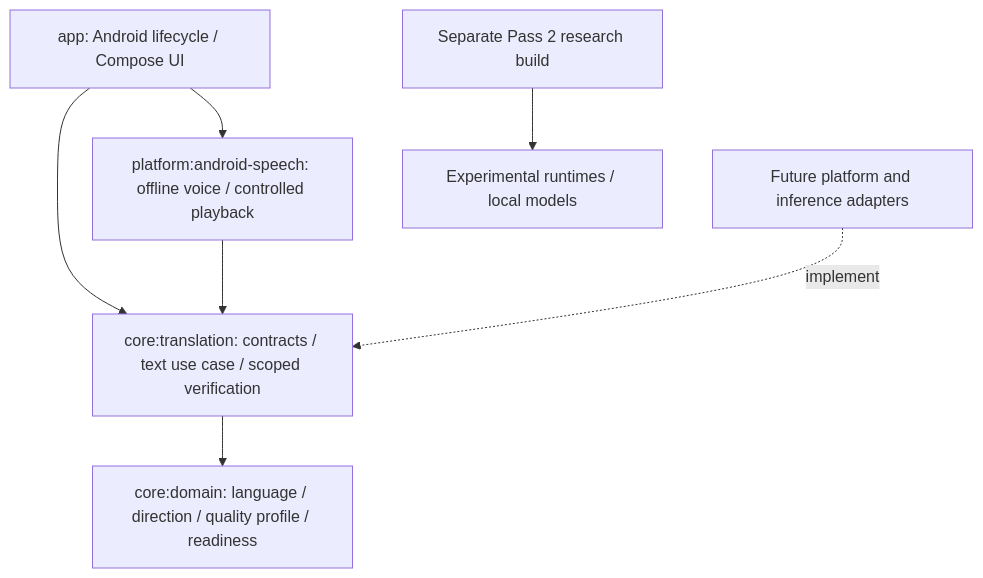
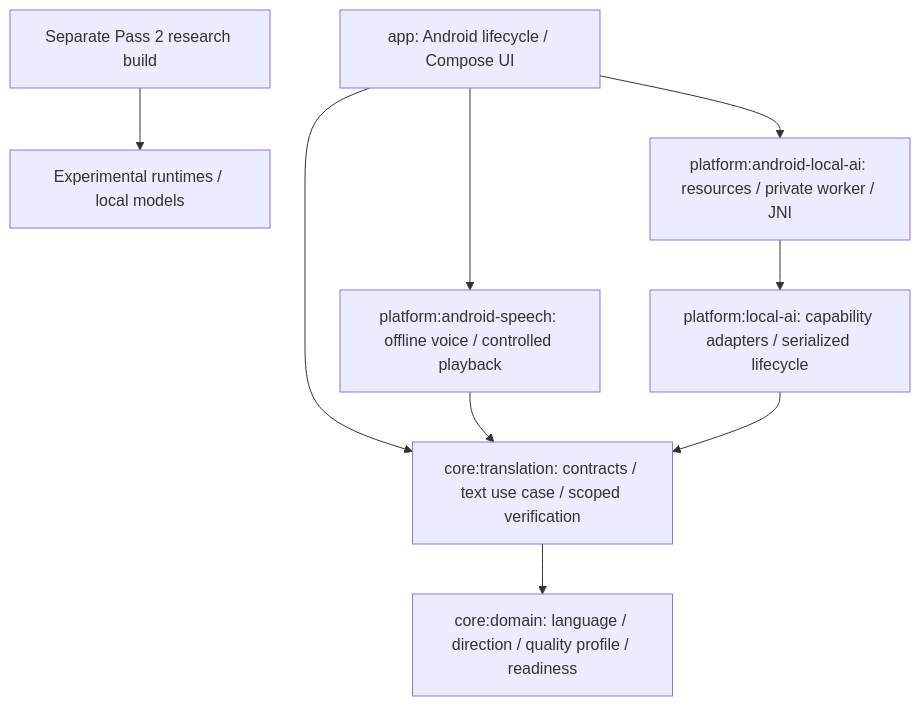
The diagram in docs/ARCHITECTURE.md (Revty79/CommonTongue), drawn with Mermaid before and after one commit. The commit also changed other lines of this file and 297 other files, not shown here.

Commit message:
Implement Pass 7 local capability adapters and internal S25 checks

````diff
--- a/docs/ARCHITECTURE.md
+++ b/docs/ARCHITECTURE.md
@@ -7,9 +7,11 @@
 ```mermaid
 flowchart TD
     App[app: Android lifecycle / Compose UI] --> Translation[core:translation: contracts / text use case / scoped verification]
     App --> Speech[platform:android-speech: offline voice / controlled playback]
+    App --> LocalAndroid[platform:android-local-ai: resources / private worker / JNI]
+    LocalAndroid --> Local[platform:local-ai: capability adapters / serialized lifecycle]
+    Local --> Translation
     Speech --> Translation
     Translation --> Domain[core:domain: language / direction / quality profile / readiness]
-    Future[Future platform and inference adapters] -. implement .-> Translation
     Lab[Separate Pass 2 research build] --> Research[Experimental runtimes / local models]
 ```
````
